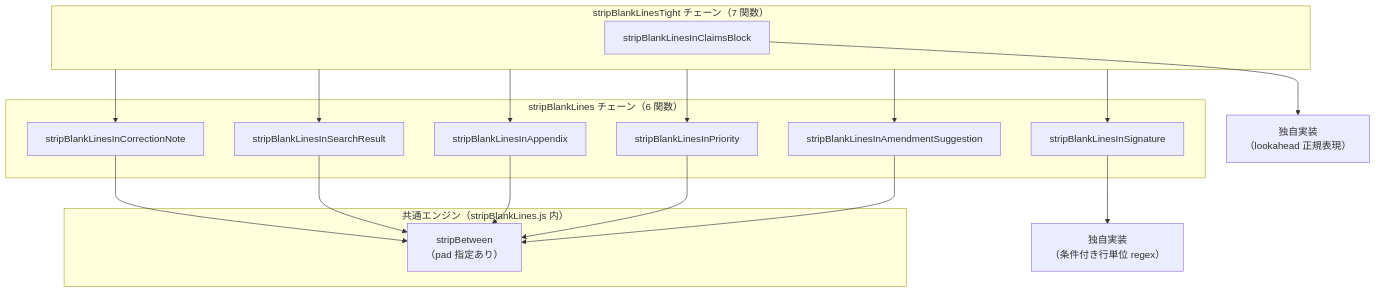
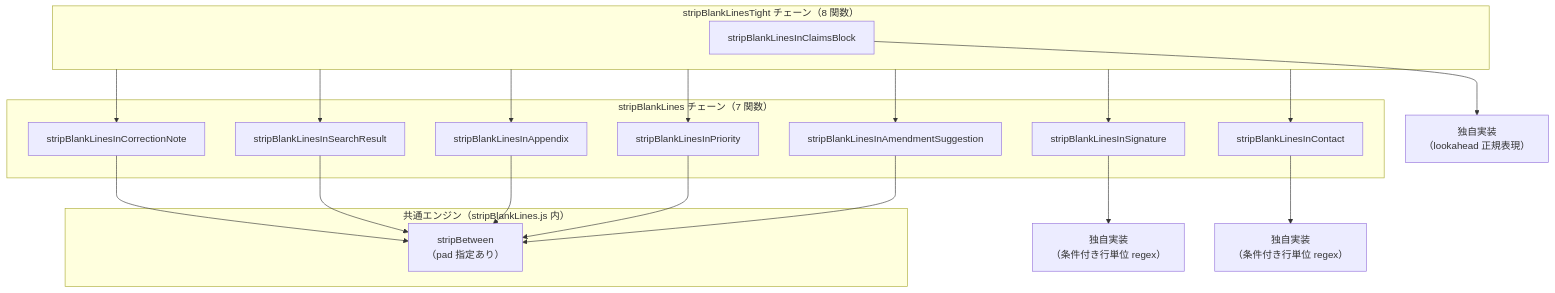
Before and after one commit to tmusimesabaoi4i/Patent_Decision_Document_Converter_v2: the diagram in js/stripBlankLines.md, drawn with Mermaid. The commit also changed other lines of this file and 30 other files, not shown here.

````diff
--- a/js/stripBlankLines.md
+++ b/js/stripBlankLines.md
@@ -12,24 +12,26 @@
 ```mermaid
 flowchart TD
   subgraph engines["共通エンジン（stripBlankLines.js 内）"]
     SB["stripBetween<br>（pad 指定あり）"]
   end
 
-  subgraph stripChain["stripBlankLines チェーン（6 関数）"]
+  subgraph stripChain["stripBlankLines チェーン（7 関数）"]
     F1["stripBlankLinesInCorrectionNote"]
     F2["stripBlankLinesInSearchResult"]
     F4["stripBlankLinesInAppendix"]
     F5["stripBlankLinesInPriority"]
     F6["stripBlankLinesInAmendmentSuggestion"]
     F7["stripBlankLinesInSignature"]
+    F9["stripBlankLinesInContact"]
   end
 
-  subgraph stripTightChain["stripBlankLinesTight チェーン（7 関数）"]
+  subgraph stripTightChain["stripBlankLinesTight チェーン（8 関数）"]
     F8["stripBlankLinesInClaimsBlock"]
   end
 
   F1 & F2 & F4 & F5 & F6 --> SB
   F7 --> SIG["独自実装<br>（条件付き行単位 regex）"]
-  stripTightChain --> F1 & F2 & F4 & F5 & F6 & F7
+  F9 --> CON["独自実装<br>（条件付き行単位 regex）"]
+  stripTightChain --> F1 & F2 & F4 & F5 & F6 & F7 & F9
   F8 --> CLB["独自実装<br>（lookahead 正規表現）"]
 ```
````
